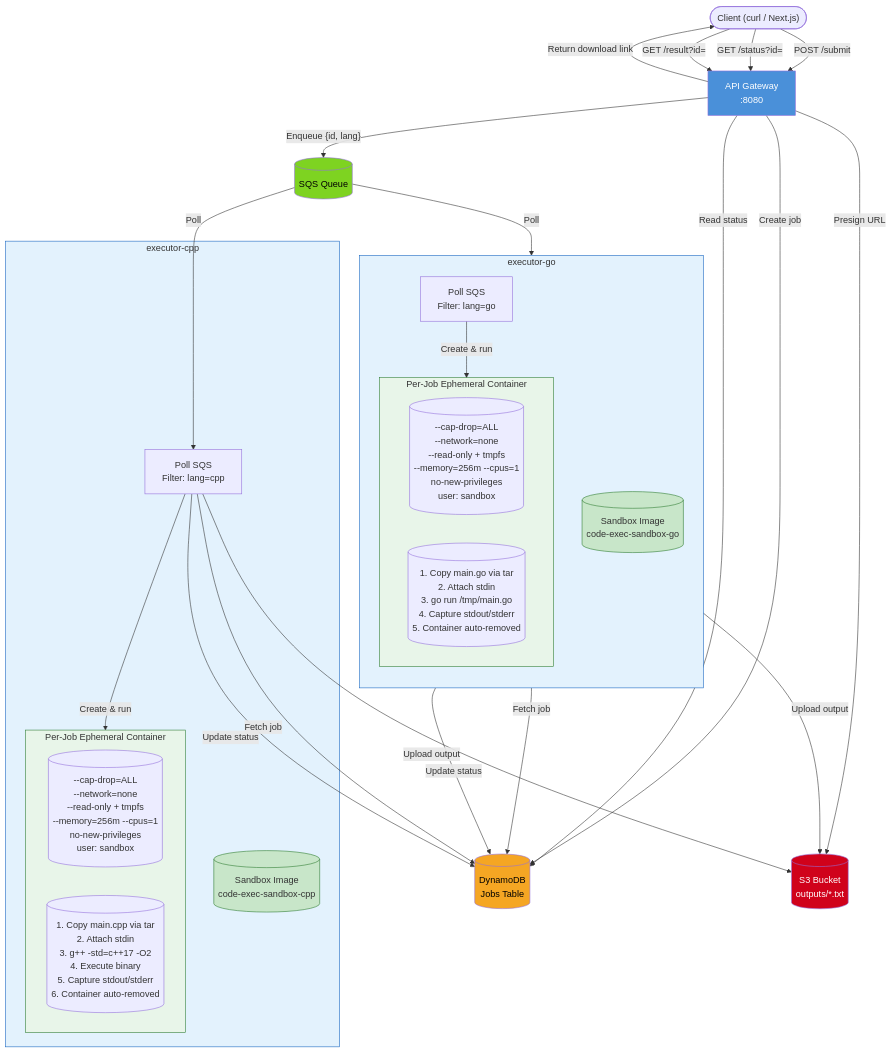
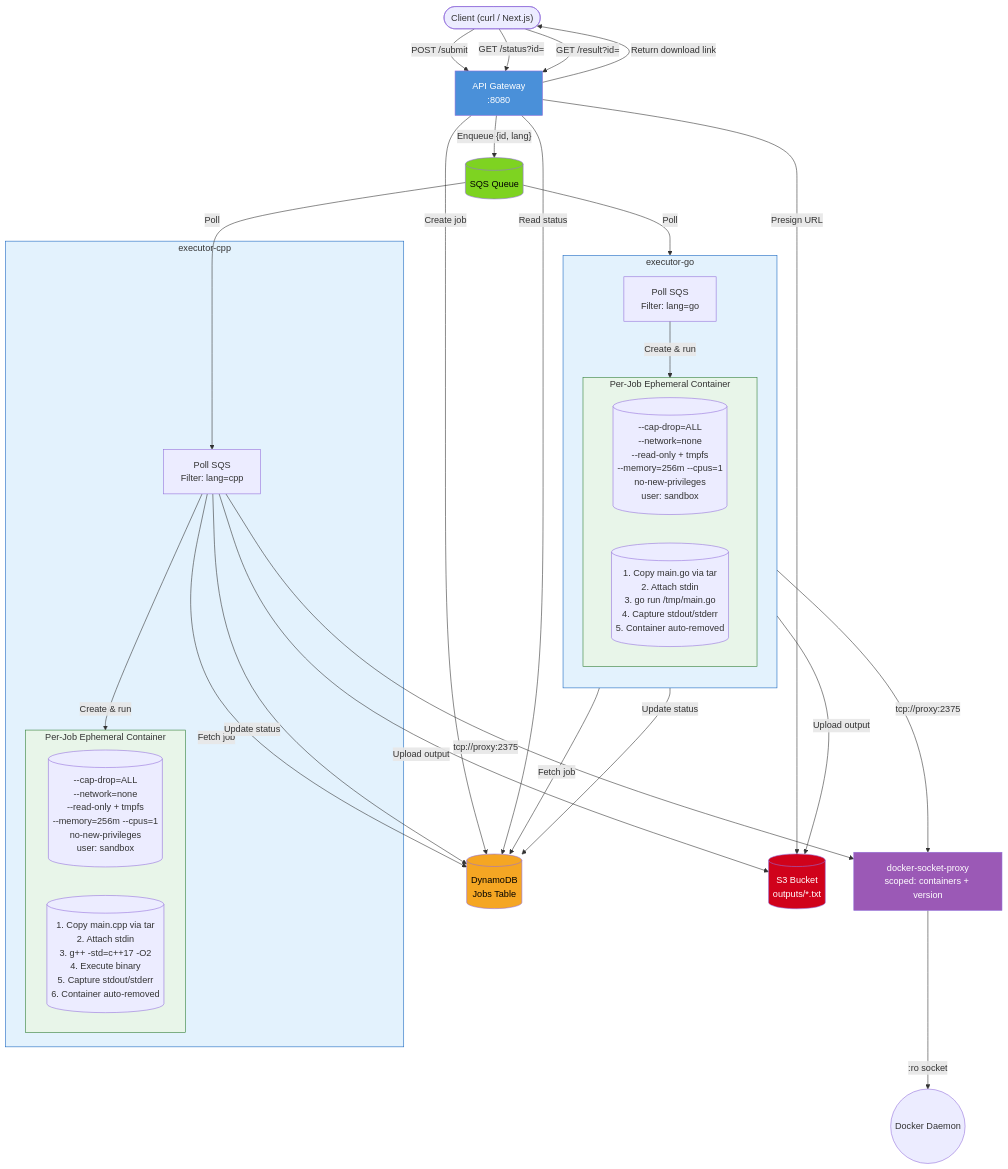
Before and after one commit to ABHINAVGARG05/code-executor: the diagram in README.md, drawn with Mermaid. The commit also changed other lines of this file and 1 other file, not shown here.

First line of the commit message:
feat: add docker-socket-proxy to restrict Docker API access

````diff
--- a/README.md
+++ b/README.md
@@ -302,10 +299,11 @@
     GW["API Gateway<br/>:8080"]
     DDB[("DynamoDB<br/>Jobs Table")]
     Q[("SQS Queue")]
+    PROXY["docker-socket-proxy<br/>scoped: containers + version"]
+    DOCKER((Docker Daemon))
 
     subgraph exec-go ["executor-go"]
         EG[Poll SQS<br/>Filter: lang=go]
-        SG[("Sandbox Image<br/>code-exec-sandbox-go")]
         direction TB
         subgraph go-sandbox ["Per-Job Ephemeral Container"]
             GOSB[("
@@ -328,7 +326,6 @@
 
     subgraph exec-cpp ["executor-cpp"]
         EC[Poll SQS<br/>Filter: lang=cpp]
-        SC[("Sandbox Image<br/>code-exec-sandbox-cpp")]
         subgraph cpp-sandbox ["Per-Job Ephemeral Container"]
             CPPSB[("
                 --cap-drop=ALL
@@ -359,11 +356,14 @@
     Q -- Poll --> EC
 
     EG -- Fetch job --> DDB
+    EG -- tcp://proxy:2375 --> PROXY
+    PROXY -- :ro socket --> DOCKER
     EG -- Create & run --> go-sandbox
     EG -- Upload output --> S3
     EG -- Update status --> DDB
 
     EC -- Fetch job --> DDB
+    EC -- tcp://proxy:2375 --> PROXY
     EC -- Create & run --> cpp-sandbox
     EC -- Upload output --> S3
     EC -- Update status --> DDB
@@ -379,10 +379,9 @@
     style DDB fill:#f5a623,color:#000
     style Q fill:#7ed321,color:#000
     style S3 fill:#d0021b,color:#fff
+    style PROXY fill:#9b59b6,color:#fff
     style go-sandbox fill:#e8f5e9,stroke:#2e7d32
     style cpp-sandbox fill:#e8f5e9,stroke:#2e7d32
     style exec-go fill:#e3f2fd,stroke:#1565c0
     style exec-cpp fill:#e3f2fd,stroke:#1565c0
-    style SG fill:#c8e6c9,stroke:#2e7d32
-    style SC fill:#c8e6c9,stroke:#2e7d32
 ```
````
